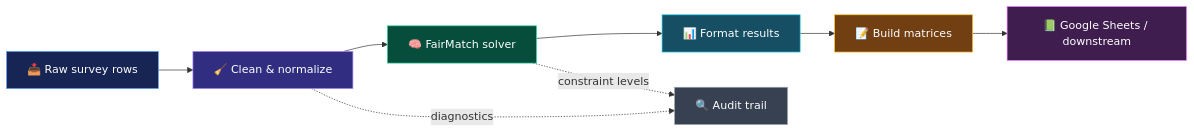
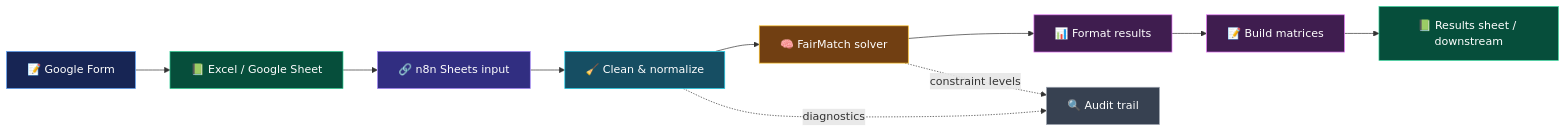
Before and after one commit to EslamNabawy/fairmatch-n8n: the diagram in README.md, drawn with Mermaid. The commit also changed other lines of this file and 1 other file, not shown here.

Commit message:
docs: explain form-to-sheet scoring pipeline

````diff
--- a/README.md
+++ b/README.md
@@ -31,19 +37,23 @@
 ```mermaid
 flowchart LR
-    A[📥 Raw survey rows] --> B[🧹 Clean & normalize]
-    B --> C[🧠 FairMatch solver]
-    C --> D[📊 Format results]
-    D --> E[📝 Build matrices]
-    E --> F[📗 Google Sheets / downstream]
+    A[📝 Google Form] --> B[📗 Excel / Google Sheet]
+    B --> C[🔗 n8n Sheets input]
+    C --> D[🧹 Clean & normalize]
+    D --> E[🧠 FairMatch solver]
+    E --> F[📊 Format results]
+    F --> G[📝 Build matrices]
+    G --> H[📗 Results sheet / downstream]
 
-    B -. diagnostics .-> G[🔍 Audit trail]
-    C -. constraint levels .-> G
+    D -. diagnostics .-> I[🔍 Audit trail]
+    E -. constraint levels .-> I
 
     style A fill:#172554,stroke:#60a5fa,color:#fff
-    style B fill:#312e81,stroke:#a78bfa,color:#fff
-    style C fill:#064e3b,stroke:#34d399,color:#fff
+    style B fill:#064e3b,stroke:#34d399,color:#fff
+    style C fill:#312e81,stroke:#a78bfa,color:#fff
     style D fill:#164e63,stroke:#22d3ee,color:#fff
     style E fill:#713f12,stroke:#fbbf24,color:#fff
     style F fill:#3f1d4f,stroke:#e879f9,color:#fff
-    style G fill:#374151,stroke:#9ca3af,color:#fff
+    style G fill:#3f1d4f,stroke:#e879f9,color:#fff
+    style H fill:#064e3b,stroke:#34d399,color:#fff
+    style I fill:#374151,stroke:#9ca3af,color:#fff
 ```
````
